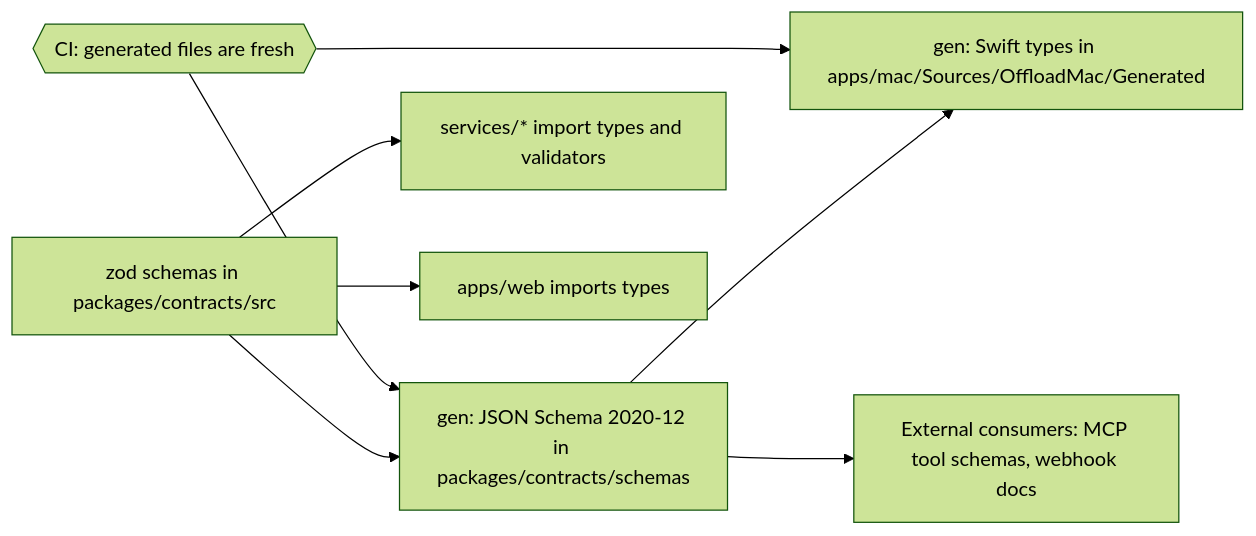
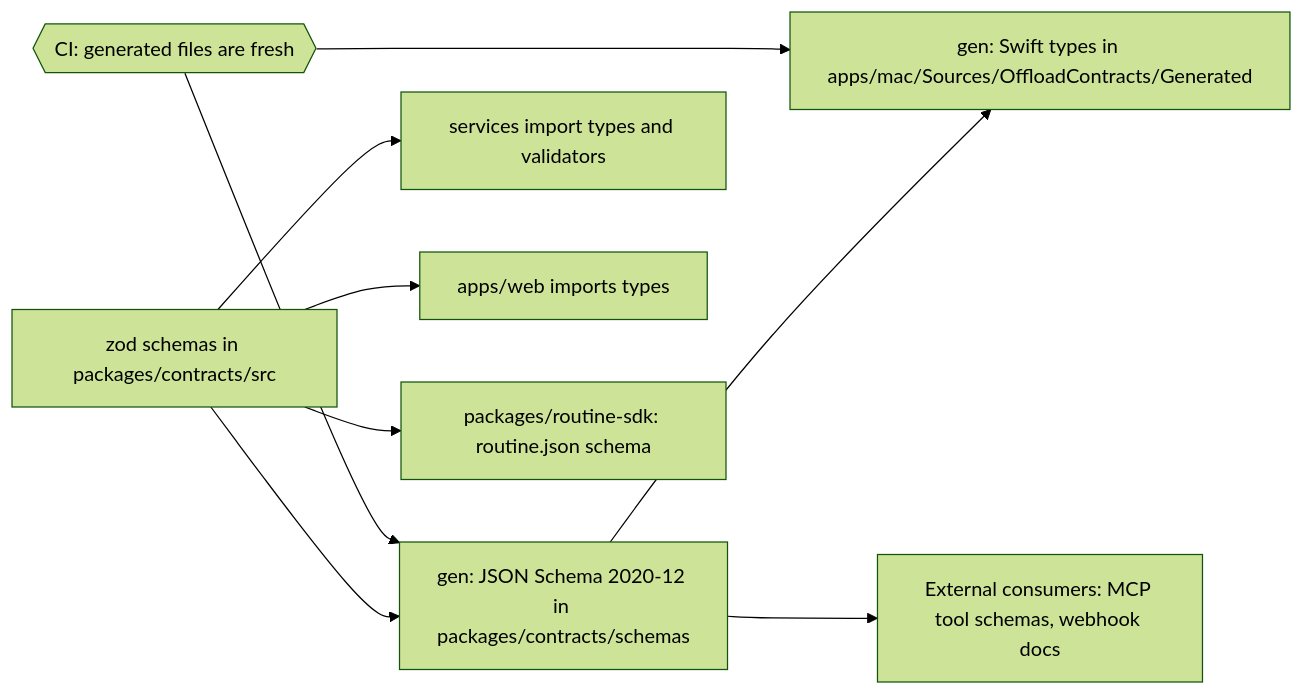
One commit to tabani-png/offload-v2 changed the fifth of 21 diagrams in docs/ARCHITECTURE.md. Above: the diagram before and after it, drawn with Mermaid (forest theme). The commit also changed other lines of this file and 11 other files, not shown here.

Commit message:
docs: architecture, data model, API, roadmap, open questions OQ-23 to OQ-26, glossary, README, agent rules (Claude Code standing rule)

````diff
--- a/docs/ARCHITECTURE.md
+++ b/docs/ARCHITECTURE.md
@@ -173,10 +254,11 @@
 ```mermaid
 flowchart LR
   Z[zod schemas in packages/contracts/src] --> G1[gen: JSON Schema 2020-12 in packages/contracts/schemas]
-  G1 --> G2[gen: Swift types in apps/mac/Sources/OffloadMac/Generated]
-  Z --> S[services/* import types and validators]
+  G1 --> G2[gen: Swift types in apps/mac/Sources/OffloadContracts/Generated]
+  Z --> S[services import types and validators]
   Z --> W[apps/web imports types]
+  Z --> RS[packages/routine-sdk: routine.json schema]
   G1 --> E[External consumers: MCP tool schemas, webhook docs]
   CI{{CI: generated files are fresh}} --> G1
   CI --> G2
 ```
````
